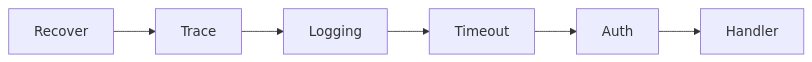
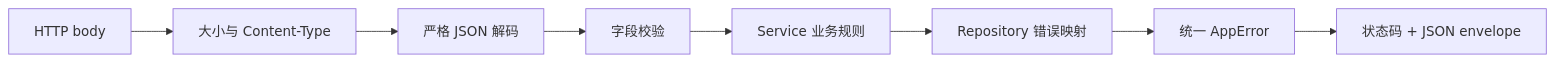
The third of 7 diagrams in docs/go/http-api-project-from-zero.md (yokry-he/yok-study-web), drawn with Mermaid before and after one commit. The commit also changed other lines of this file and 277 other files, not shown here.

````diff
--- a/docs/go/http-api-project-from-zero.md
+++ b/docs/go/http-api-project-from-zero.md
@@ -458,8 +204,10 @@
 ```mermaid
 flowchart LR
-  A["Recover"] --> B["Trace"]
-  B --> C["Logging"]
-  C --> D["Timeout"]
-  D --> E["Auth"]
-  E --> F["Handler"]
+  A["HTTP body"] --> B["大小与 Content-Type"]
+  B --> C["严格 JSON 解码"]
+  C --> D["字段校验"]
+  D --> E["Service 业务规则"]
+  E --> F["Repository 错误映射"]
+  F --> G["统一 AppError"]
+  G --> H["状态码 + JSON envelope"]
 ```
````
